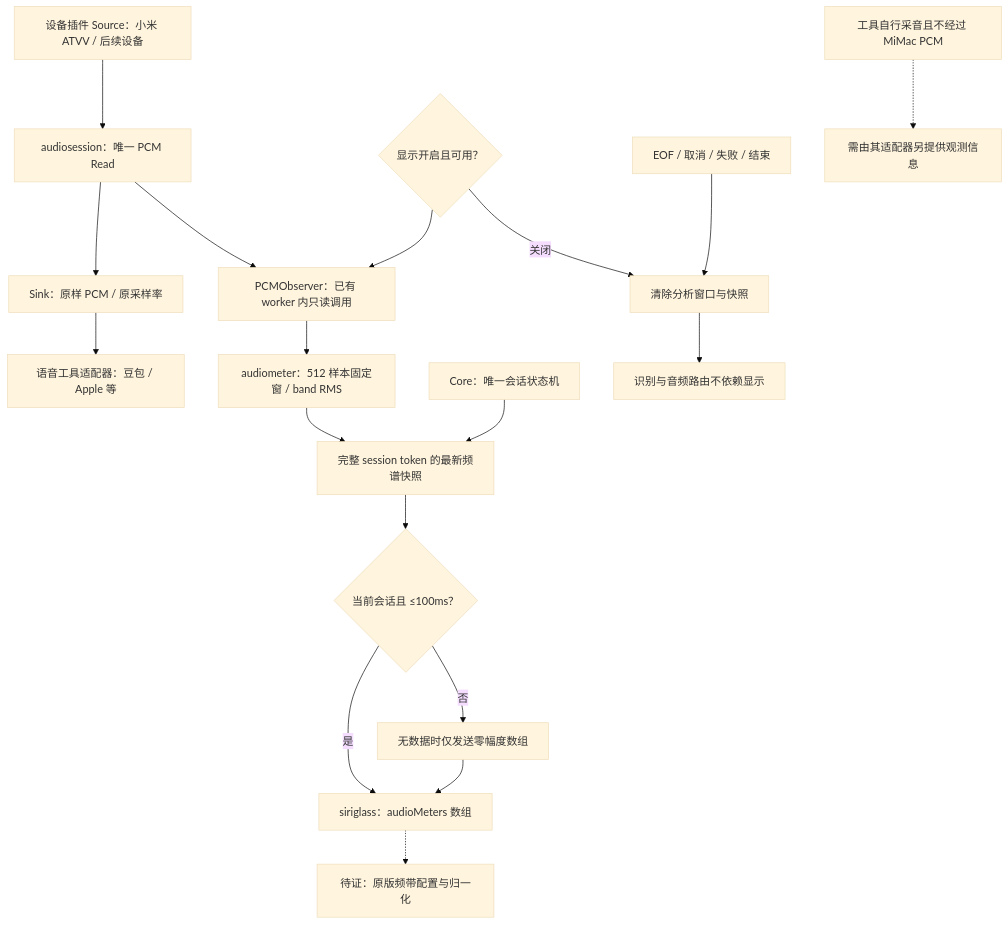
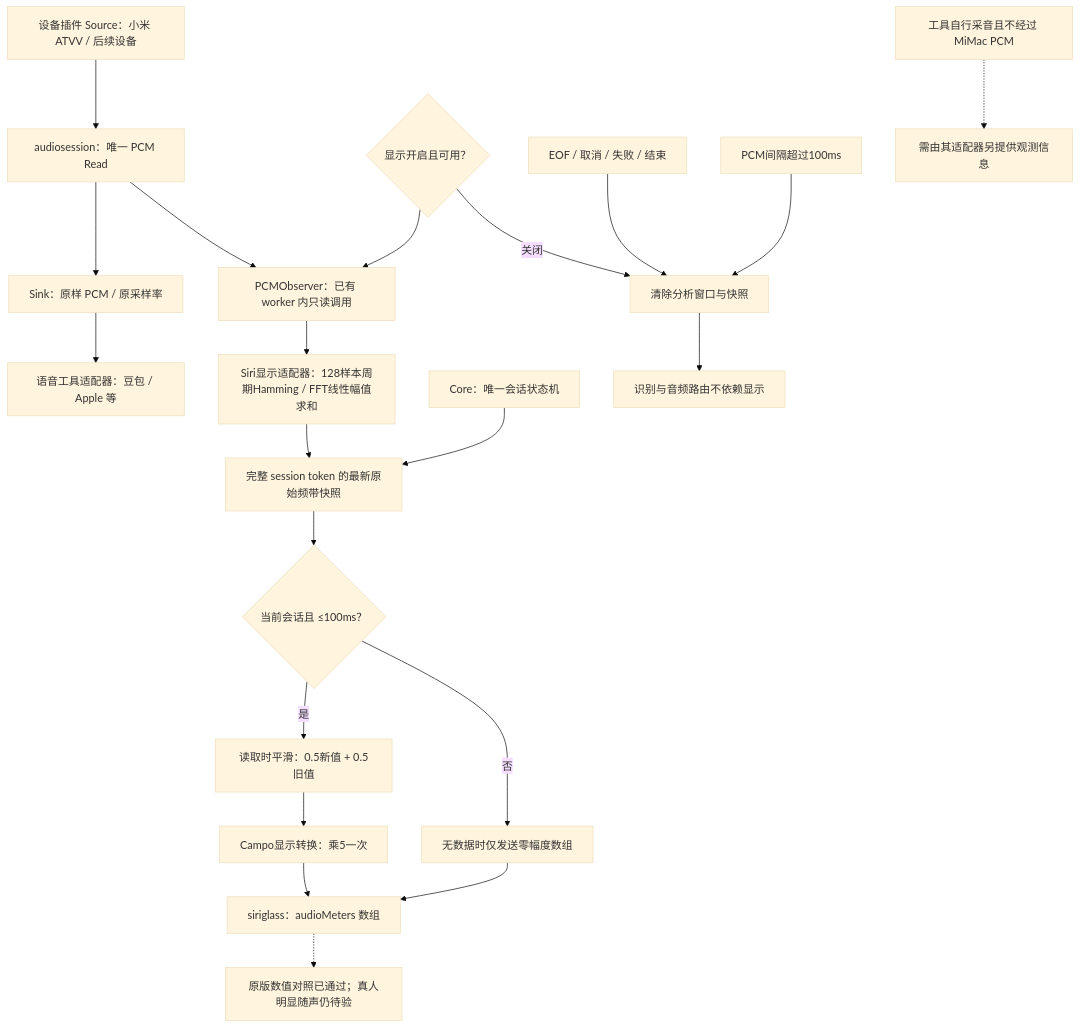
Before and after one commit to daftAI2026/MiMac: the diagram in tools/workbench/diagrams/shared-pcm-observation.mmd, drawn with Mermaid (base theme). The commit also changed 19 other files, not shown here.

```diff
--- a/tools/workbench/diagrams/shared-pcm-observation.mmd
+++ b/tools/workbench/diagrams/shared-pcm-observation.mmd
@@ -1,18 +1,21 @@
 flowchart TD
     device["设备插件 Source：小米 ATVV / 后续设备"] --> read["audiosession：唯一 PCM Read"]
     read --> sink["Sink：原样 PCM / 原采样率"]
     sink --> target["语音工具适配器：豆包 / Apple 等"]
     read --> observer["PCMObserver：已有 worker 内只读调用"]
     enabled{"显示开启且可用？"} --> observer
-    observer --> bands["audiometer：512 样本固定窗 / band RMS"]
-    bands --> mailbox["完整 session token 的最新频谱快照"]
+    observer --> bands["Siri显示适配器：128样本周期Hamming / FFT线性幅值求和"]
+    bands --> mailbox["完整 session token 的最新原始频带快照"]
     core["Core：唯一会话状态机"] --> mailbox
     mailbox --> fresh{"当前会话且 ≤100ms？"}
-    fresh -->|是| view["siriglass：audioMeters 数组"]
+    fresh -->|是| smooth["读取时平滑：0.5新值 + 0.5旧值"]
+    smooth --> convert["Campo显示转换：乘5一次"]
+    convert --> view["siriglass：audioMeters 数组"]
     fresh -->|否| quiet["无数据时仅发送零幅度数组"]
     quiet --> view
     ending["EOF / 取消 / 失败 / 结束"] --> clear["清除分析窗口与快照"]
     enabled -->|关闭| clear
     clear --> independent["识别与音频路由不依赖显示"]
-    view -.-> original["待证：原版频带配置与归一化"]
+    view -.-> original["原版数值对照已通过；真人明显随声仍待验"]
+    gap["PCM间隔超过100ms"] --> clear
     own["工具自行采音且不经过 MiMac PCM"] -.-> adapter["需由其适配器另提供观测信息"]
```
